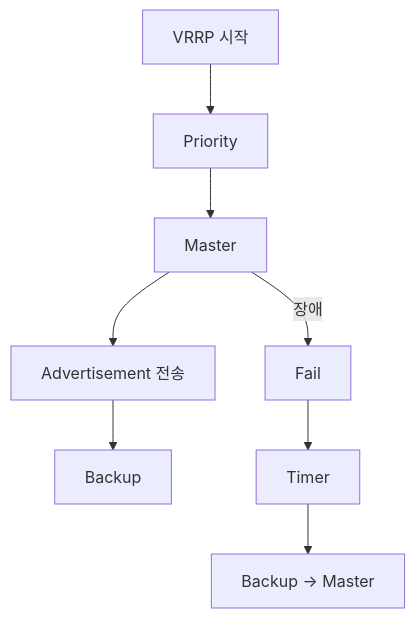
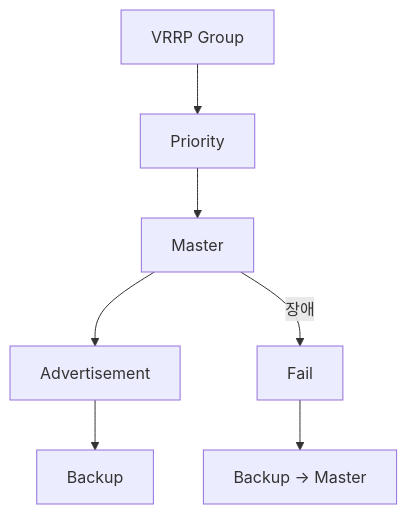
Before and after one commit to Neochul2/Network: the diagram in VRRP/06_Master_선출.md, drawn with Mermaid. The commit also changed other lines of this file and 13 other files, not shown here.

````diff
--- a/VRRP/06_Master_선출.md
+++ b/VRRP/06_Master_선출.md
@@ -394,21 +217,19 @@
 ```mermaid
 flowchart TD
 
-Start[VRRP 시작]
+Group[VRRP Group]
 
-Start --> Priority
+Group --> Priority
 
 Priority --> Master
 
-Master --> Adv[Advertisement 전송]
+Master --> Adv[Advertisement]
 
 Adv --> Backup
 
 Master -->|장애| Fail
 
-Fail --> Timer
-
-Timer --> NewMaster
+Fail --> NewMaster
 
 NewMaster[Backup → Master]
 ```
````
